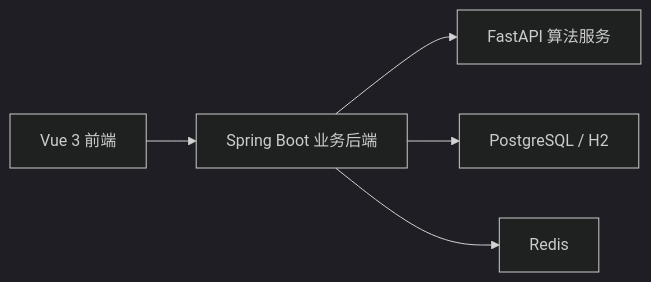
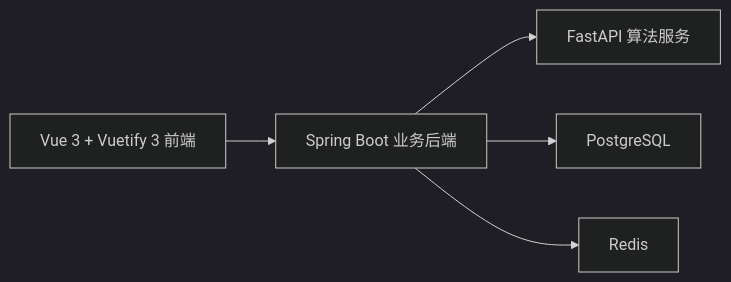
Before and after one commit to liutx7598/General-Cargo-Sorting-System: the diagram in README.md, drawn with Mermaid (dark theme). The commit also changed other lines of this file, not shown here.

````diff
--- a/README.md
+++ b/README.md
@@ -18,7 +18,7 @@
 ```mermaid
 flowchart LR
-    A["Vue 3 前端"] --> B["Spring Boot 业务后端"]
+    A["Vue 3 + Vuetify 3 前端"] --> B["Spring Boot 业务后端"]
     B --> C["FastAPI 算法服务"]
-    B --> D["PostgreSQL / H2"]
+    B --> D["PostgreSQL"]
     B --> E["Redis"]
 ```
````
